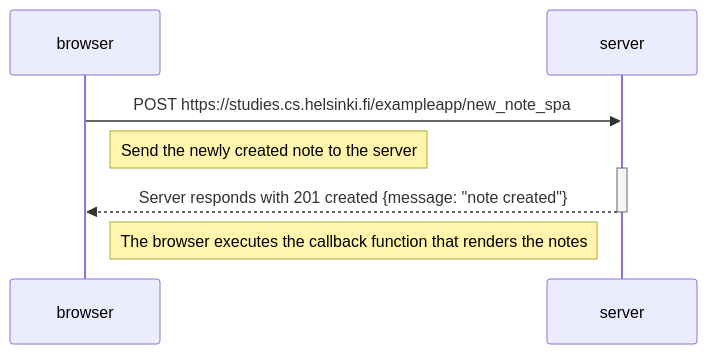
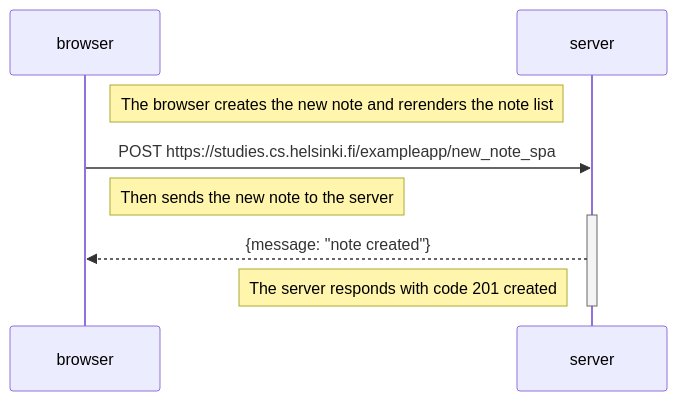
One commit to Ac394/fullstackopen changed the diagram in part0/0.6: New note in Single page app diagram.md. Above: the diagram before and after it, drawn with Mermaid.

Commit message:
Update 0.6: New note in Single page app diagram.md

````diff
--- a/part0/0.6: New note in Single page app diagram.md
+++ b/part0/0.6: New note in Single page app diagram.md
@@ -1,15 +1,16 @@
 ```mermaid
 sequenceDiagram
     participant browser
     participant server
 
+    Note right of browser: The browser creates the new note and rerenders the note list
+
     browser->>server: POST https://studies.cs.helsinki.fi/exampleapp/new_note_spa
 
-    Note right of browser: Send the newly created note to the server
+    Note right of browser: Then sends the new note to the server
 
     activate server
-    server-->>browser: Server responds with 201 created {message: "note created"}
+    server-->>browser: {message: "note created"}
+    Note left of server: The server responds with code 201 created
     deactivate server
-
-    Note right of browser: The browser executes the callback function that renders the notes
 ```
````
